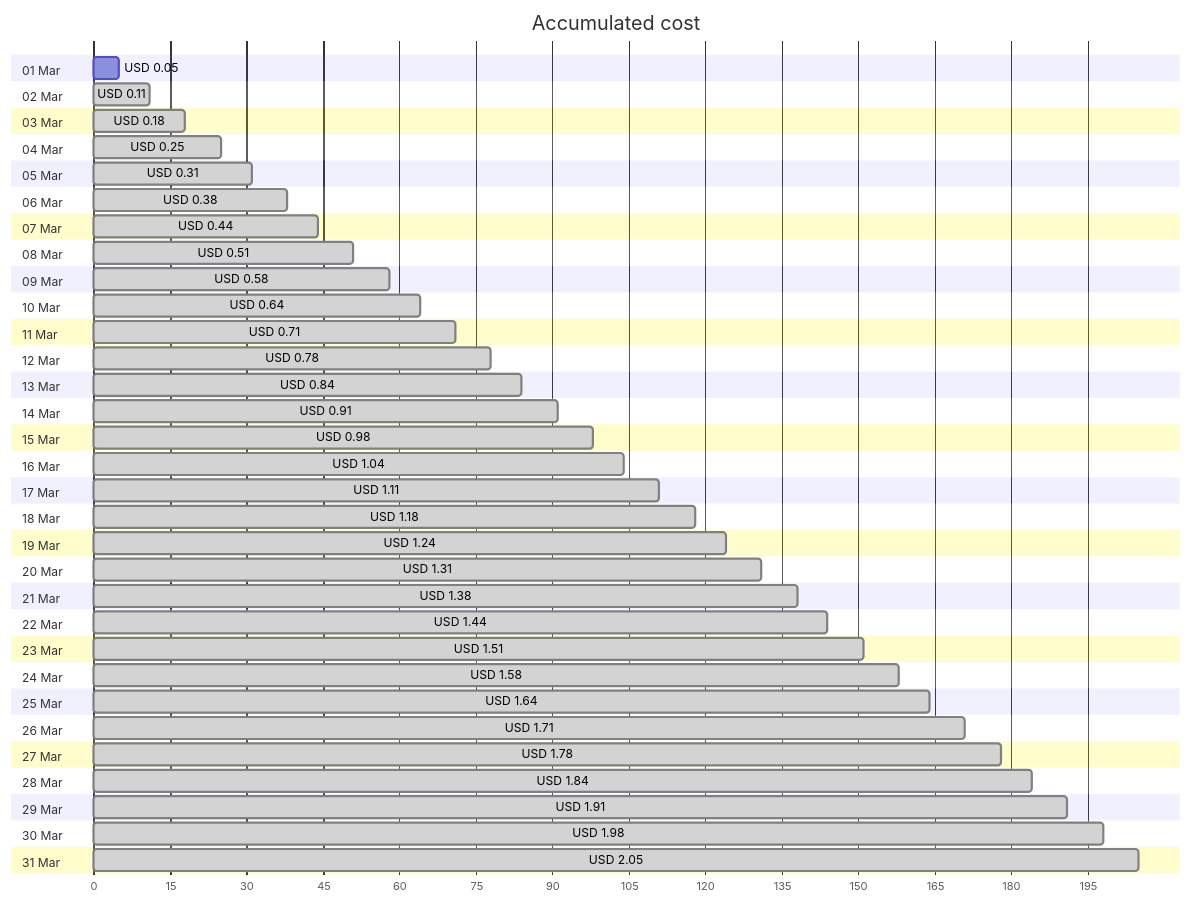
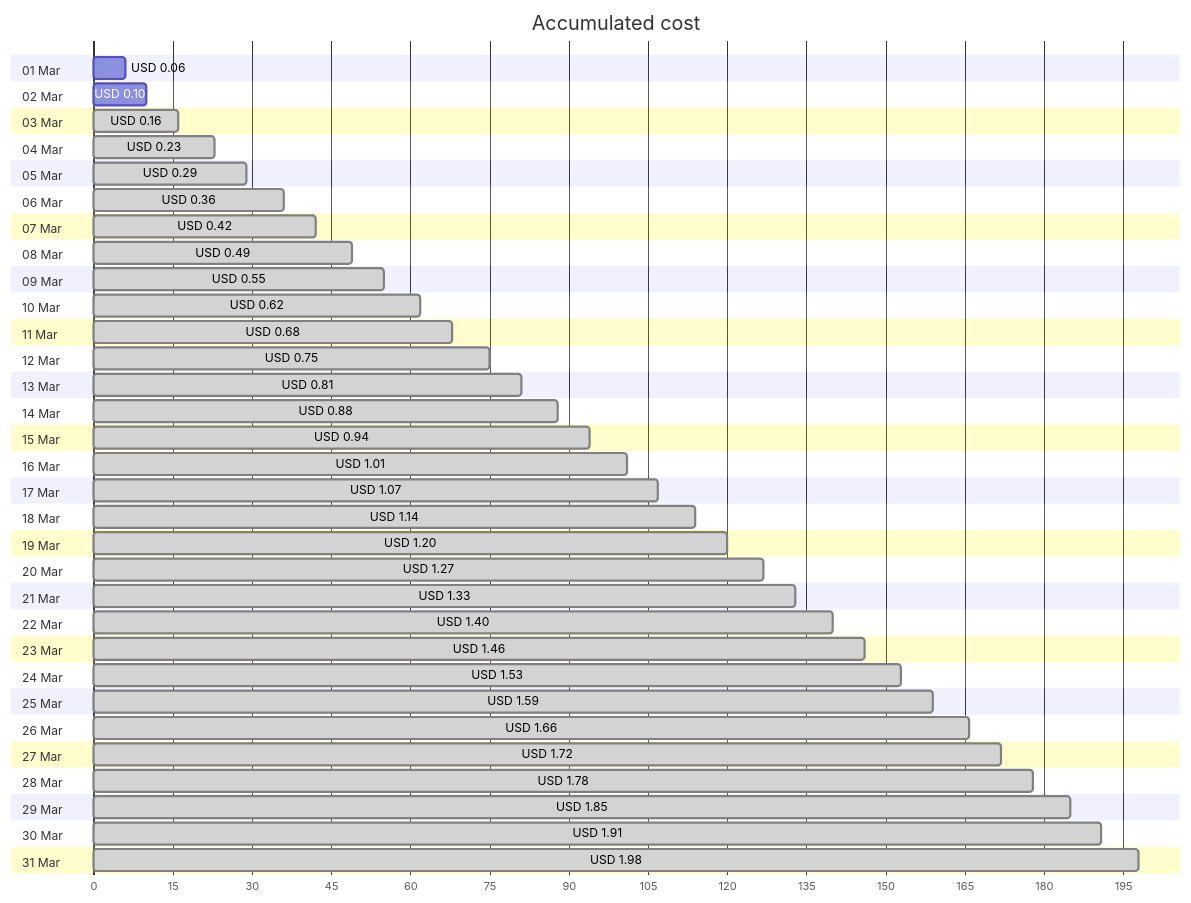
One commit to jpfulton/azure-personal-reports changed the first of 4 diagrams in cost-reports/personal-network/vpn-server_OsDisk.md. Above: the diagram before and after it, drawn with Mermaid. The commit also changed other lines of this file and 8 other files, not shown here.

````diff
--- a/cost-reports/personal-network/vpn-server_OsDisk.md
+++ b/cost-reports/personal-network/vpn-server_OsDisk.md
@@ -20,68 +20,68 @@
 ```mermaid
 gantt
    title Accumulated cost
    dateFormat  X
    axisFormat %s
    section 01 Mar
-   USD 0.05 :0, 5
+   USD 0.06 :0, 6
    section 02 Mar
-   USD 0.11 : done, 0, 11
+   USD 0.10 :0, 10
    section 03 Mar
-   USD 0.18 : done, 0, 18
+   USD 0.16 : done, 0, 16
    section 04 Mar
-   USD 0.25 : done, 0, 25
+   USD 0.23 : done, 0, 23
    section 05 Mar
-   USD 0.31 : done, 0, 31
+   USD 0.29 : done, 0, 29
    section 06 Mar
-   USD 0.38 : done, 0, 38
+   USD 0.36 : done, 0, 36
    section 07 Mar
-   USD 0.44 : done, 0, 44
+   USD 0.42 : done, 0, 42
    section 08 Mar
-   USD 0.51 : done, 0, 51
+   USD 0.49 : done, 0, 49
    section 09 Mar
-   USD 0.58 : done, 0, 58
+   USD 0.55 : done, 0, 55
    section 10 Mar
-   USD 0.64 : done, 0, 64
+   USD 0.62 : done, 0, 62
    section 11 Mar
-   USD 0.71 : done, 0, 71
+   USD 0.68 : done, 0, 68
    section 12 Mar
-   USD 0.78 : done, 0, 78
+   USD 0.75 : done, 0, 75
    section 13 Mar
-   USD 0.84 : done, 0, 84
+   USD 0.81 : done, 0, 81
    section 14 Mar
-   USD 0.91 : done, 0, 91
+   USD 0.88 : done, 0, 88
    section 15 Mar
-   USD 0.98 : done, 0, 98
+   USD 0.94 : done, 0, 94
    section 16 Mar
-   USD 1.04 : done, 0, 104
+   USD 1.01 : done, 0, 101
    section 17 Mar
-   USD 1.11 : done, 0, 111
+   USD 1.07 : done, 0, 107
    section 18 Mar
-   USD 1.18 : done, 0, 118
+   USD 1.14 : done, 0, 114
    section 19 Mar
-   USD 1.24 : done, 0, 124
+   USD 1.20 : done, 0, 120
    section 20 Mar
-   USD 1.31 : done, 0, 131
+   USD 1.27 : done, 0, 127
    section 21 Mar
-   USD 1.38 : done, 0, 138
+   USD 1.33 : done, 0, 133
    section 22 Mar
-   USD 1.44 : done, 0, 144
+   USD 1.40 : done, 0, 140
    section 23 Mar
-   USD 1.51 : done, 0, 151
+   USD 1.46 : done, 0, 146
    section 24 Mar
-   USD 1.58 : done, 0, 158
+   USD 1.53 : done, 0, 153
    section 25 Mar
-   USD 1.64 : done, 0, 164
+   USD 1.59 : done, 0, 159
    section 26 Mar
-   USD 1.71 : done, 0, 171
+   USD 1.66 : done, 0, 166
    section 27 Mar
+   USD 1.72 : done, 0, 172
+   section 28 Mar
    USD 1.78 : done, 0, 178
-   section 28 Mar
-   USD 1.84 : done, 0, 184
    section 29 Mar
+   USD 1.85 : done, 0, 185
+   section 30 Mar
    USD 1.91 : done, 0, 191
-   section 30 Mar
+   section 31 Mar
    USD 1.98 : done, 0, 198
-   section 31 Mar
-   USD 2.05 : done, 0, 205
 ```
````
